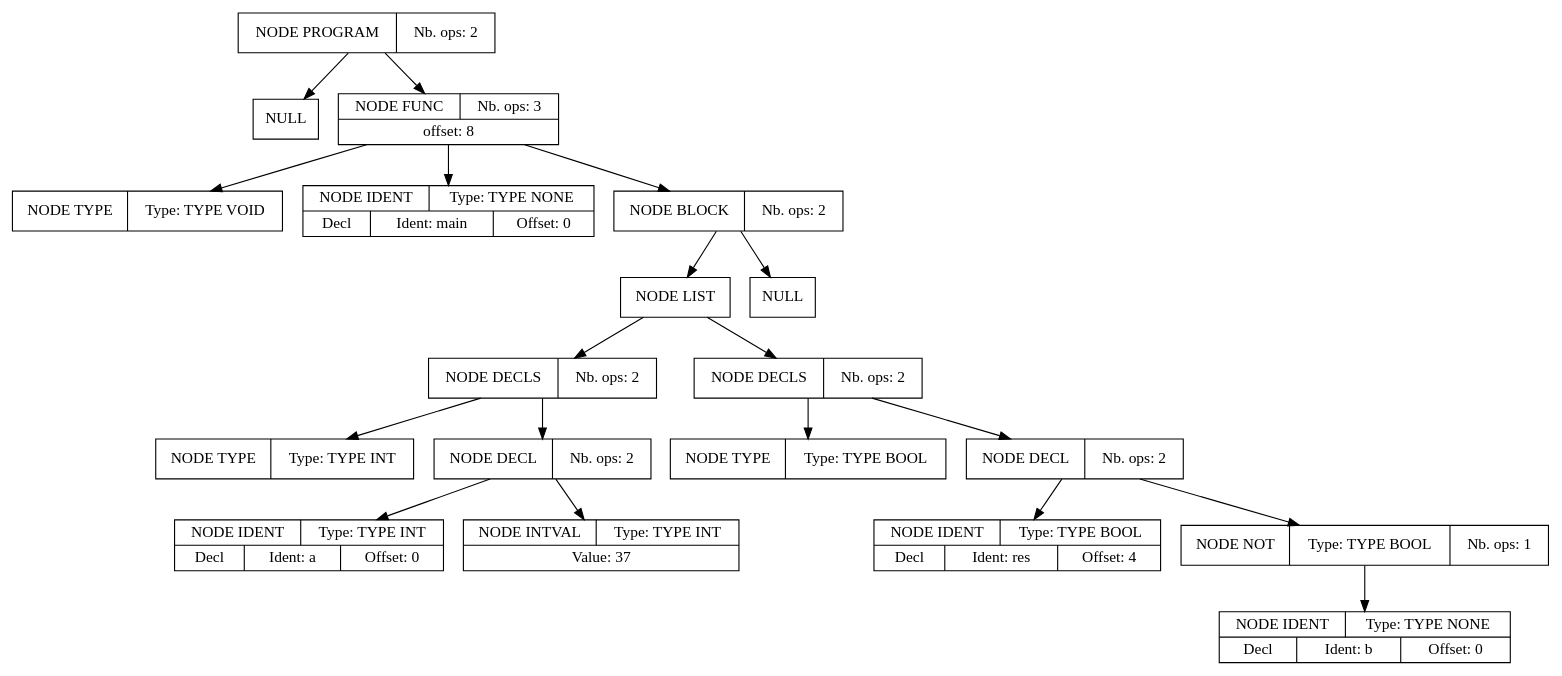
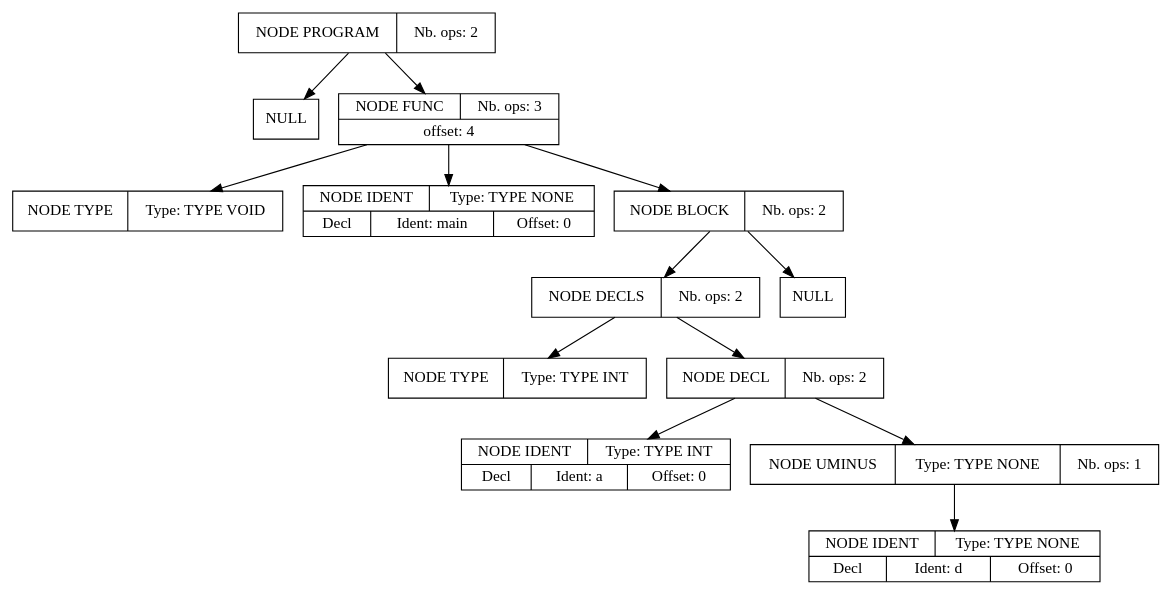
Before and after one commit to Youssefch05/Projet_compilation: the diagram in apres_passe_1.dot, drawn with Graphviz. The commit also changed 6 other files, not shown here.

```diff
--- a/apres_passe_1.dot
+++ b/apres_passe_1.dot
@@ -1,57 +1,39 @@
 digraph global_vars {
     N1 [shape=record, label="{{NODE PROGRAM|Nb. ops: 2}}"];
     N2 [shape=record, label="{{NULL}}"];
     edge[tailclip=true];
     N1 -> N2
-    N3 [shape=record, label="{{NODE FUNC|Nb. ops: 3}|{offset: 8}}"];
+    N3 [shape=record, label="{{NODE FUNC|Nb. ops: 3}|{offset: 4}}"];
     N4 [shape=record, label="{{NODE TYPE|Type: TYPE VOID}}"];
     edge[tailclip=true];
     N3 -> N4
     N5 [shape=record, label="{{NODE IDENT|Type: TYPE NONE}|{<decl>Decl      |Ident: main|Offset: 0}}"];
     edge[tailclip=true];
     N3 -> N5
     N6 [shape=record, label="{{NODE BLOCK|Nb. ops: 2}}"];
-    N7 [shape=record, label="{{NODE LIST}}"];
-    N8 [shape=record, label="{{NODE DECLS|Nb. ops: 2}}"];
-    N9 [shape=record, label="{{NODE TYPE|Type: TYPE INT}}"];
-    edge[tailclip=true];
-    N8 -> N9
-    N10 [shape=record, label="{{NODE DECL|Nb. ops: 2}}"];
-    N11 [shape=record, label="{{NODE IDENT|Type: TYPE INT}|{<decl>Decl      |Ident: a|Offset: 0}}"];
-    edge[tailclip=true];
-    N10 -> N11
-    N12 [shape=record, label="{{NODE INTVAL|Type: TYPE INT}|{Value: 37}}"];
-    edge[tailclip=true];
-    N10 -> N12
-    edge[tailclip=true];
-    N8 -> N10
+    N7 [shape=record, label="{{NODE DECLS|Nb. ops: 2}}"];
+    N8 [shape=record, label="{{NODE TYPE|Type: TYPE INT}}"];
     edge[tailclip=true];
     N7 -> N8
-    N13 [shape=record, label="{{NODE DECLS|Nb. ops: 2}}"];
-    N14 [shape=record, label="{{NODE TYPE|Type: TYPE BOOL}}"];
+    N9 [shape=record, label="{{NODE DECL|Nb. ops: 2}}"];
+    N10 [shape=record, label="{{NODE IDENT|Type: TYPE INT}|{<decl>Decl      |Ident: a|Offset: 0}}"];
     edge[tailclip=true];
-    N13 -> N14
-    N15 [shape=record, label="{{NODE DECL|Nb. ops: 2}}"];
-    N16 [shape=record, label="{{NODE IDENT|Type: TYPE BOOL}|{<decl>Decl      |Ident: res|Offset: 4}}"];
+    N9 -> N10
+    N11 [shape=record, label="{{NODE UMINUS|Type: TYPE NONE|Nb. ops: 1}}"];
+    N12 [shape=record, label="{{NODE IDENT|Type: TYPE NONE}|{<decl>Decl      |Ident: d|Offset: 0}}"];
     edge[tailclip=true];
-    N15 -> N16
-    N17 [shape=record, label="{{NODE NOT|Type: TYPE BOOL|Nb. ops: 1}}"];
-    N18 [shape=record, label="{{NODE IDENT|Type: TYPE NONE}|{<decl>Decl      |Ident: b|Offset: 0}}"];
+    N11 -> N12
     edge[tailclip=true];
-    N17 -> N18
+    N9 -> N11
     edge[tailclip=true];
-    N15 -> N17
-    edge[tailclip=true];
-    N13 -> N15
-    edge[tailclip=true];
-    N7 -> N13
+    N7 -> N9
     edge[tailclip=true];
     N6 -> N7
-    N19 [shape=record, label="{{NULL}}"];
+    N13 [shape=record, label="{{NULL}}"];
     edge[tailclip=true];
-    N6 -> N19
+    N6 -> N13
     edge[tailclip=true];
     N3 -> N6
     edge[tailclip=true];
     N1 -> N3
 }
```
